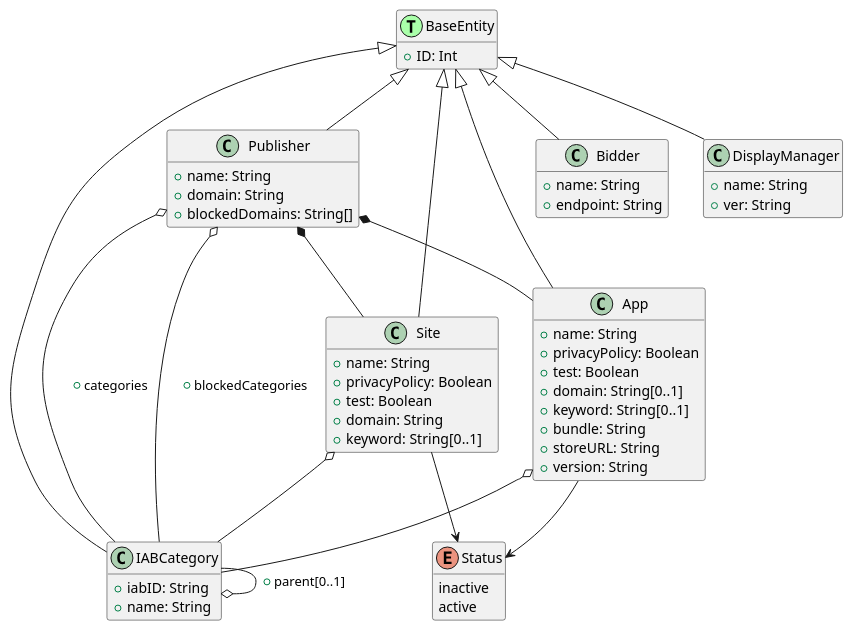
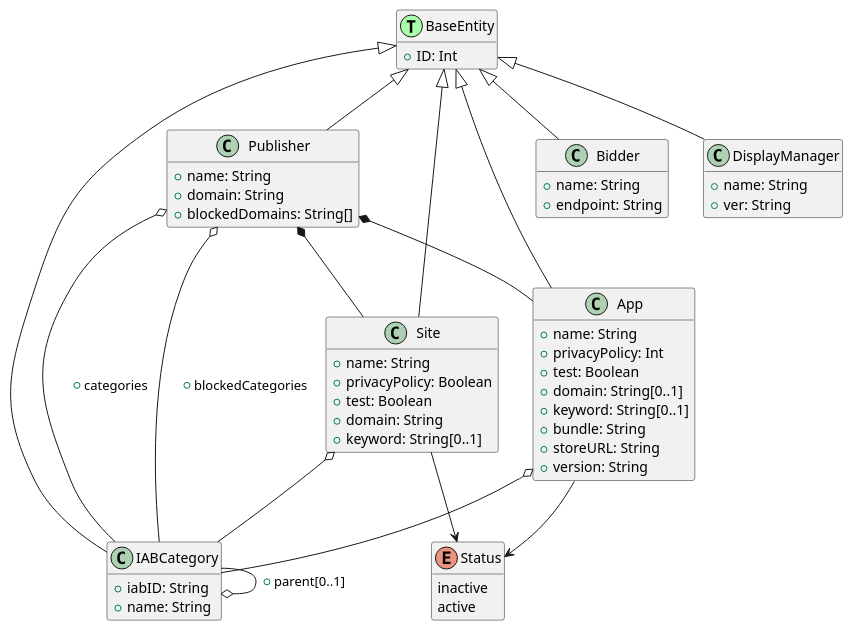
One commit to bwsw/simple-rtb-exchange changed the diagram in diagrams/databaseModels.puml. Above: the diagram before and after it, drawn with PlantUML. The commit also changed 1 other file, not shown here.

```diff
--- a/diagrams/databaseModels.puml
+++ b/diagrams/databaseModels.puml
@@ -1,67 +1,67 @@
 @startuml
 
 hide methods
 
 class BaseEntity << (T,#AAFFAA)>> {
     +ID: Int
 }
 class App {
     +name: String
-    +privacyPolicy: Boolean
+    +privacyPolicy: Int
     +test: Boolean
     +domain: String[0..1]
     +keyword: String[0..1]
     +bundle: String
     +storeURL: String
     +version: String
 }
 class Bidder {
     +name: String
     +endpoint: String
 }
 class DisplayManager {
     +name: String
     +ver: String
 }
 class Site {
     +name: String
     +privacyPolicy: Boolean
     +test: Boolean
     +domain: String
     +keyword: String[0..1]
 }
 class IABCategory {
     +iabID: String
     +name: String
 }
 class Publisher {
     +name: String
     +domain: String
     +blockedDomains: String[]
 }
 
 enum Status {
     inactive
     active
 }
 
 BaseEntity <|-- App
 BaseEntity <|-- Bidder
 BaseEntity <|-- DisplayManager
 BaseEntity <|-- IABCategory
 BaseEntity <|-- Publisher
 BaseEntity <|-- Site
 
 Publisher *-- Site
 Publisher *-- App
 Publisher o-- IABCategory: +blockedCategories
 Publisher o-- IABCategory: +categories
 
 Site o-- IABCategory
 Site --> Status
 App o-- IABCategory
 App --> Status
 
 IABCategory --o IABCategory: +parent[0..1]
 
 @enduml
```
